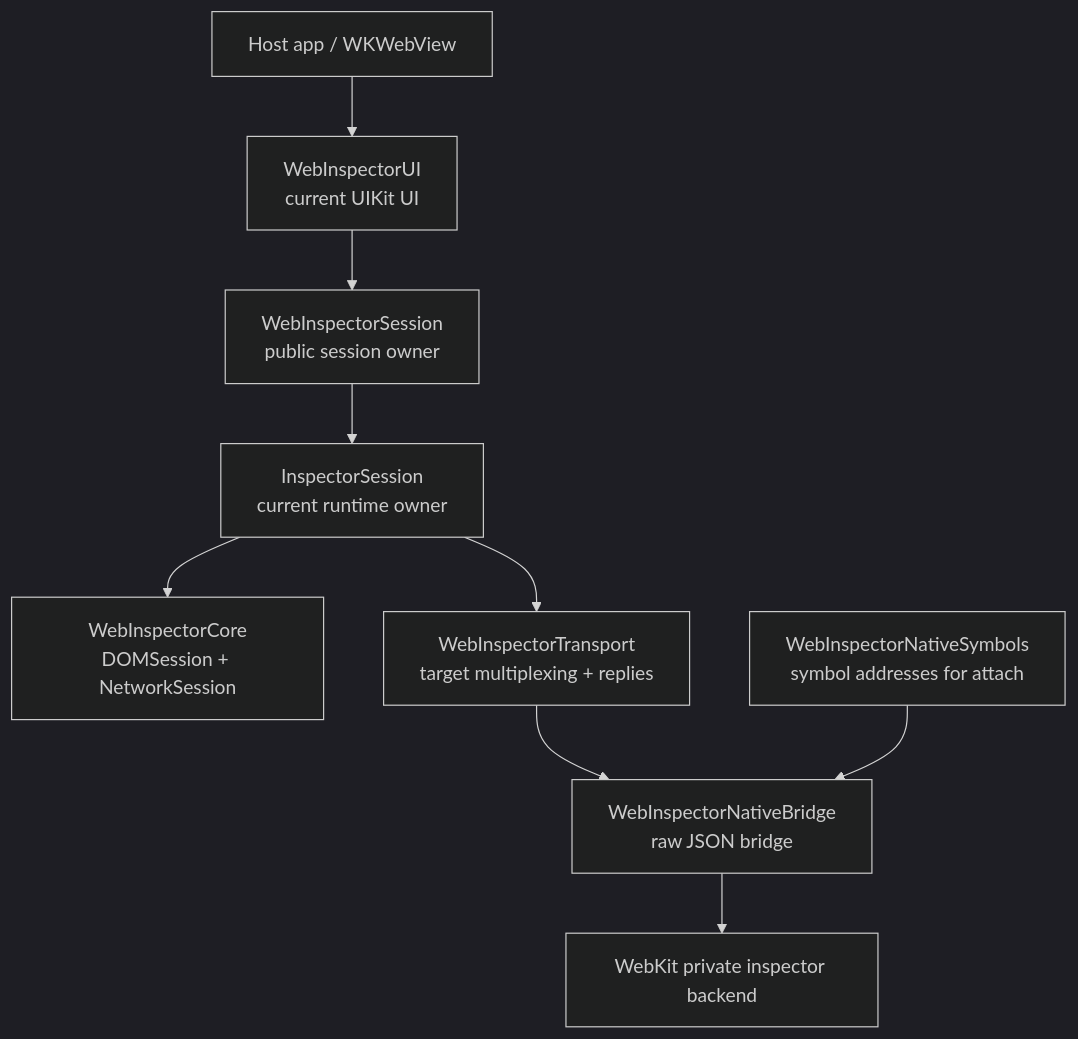
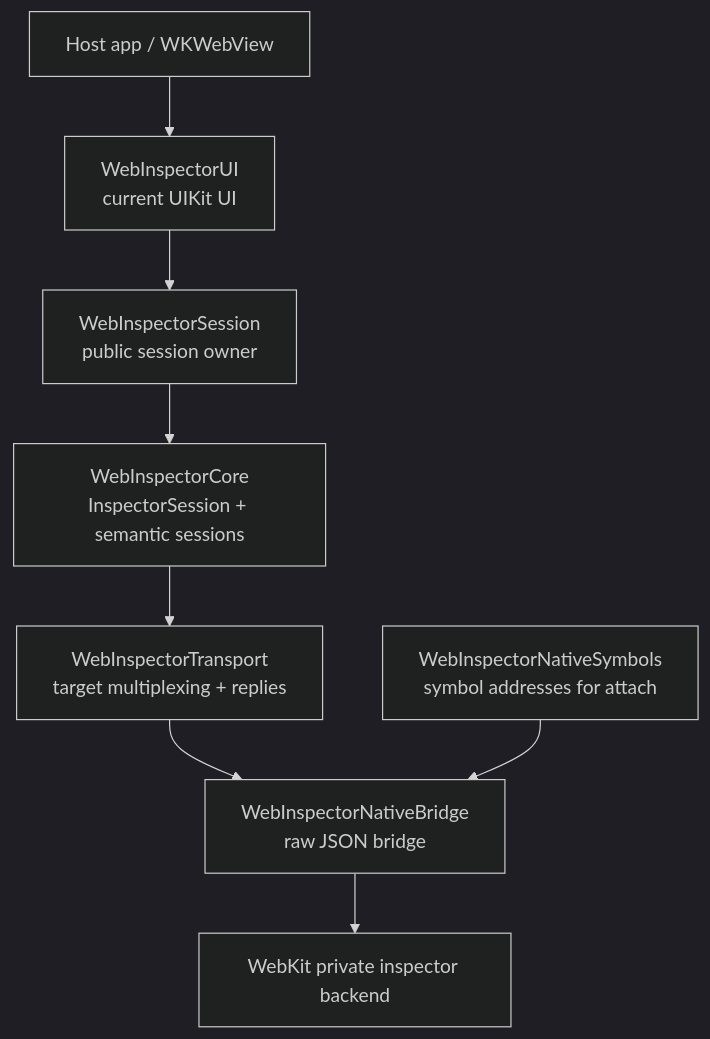
One commit to lynnswap/WebInspectorKit changed the first of 3 diagrams in Docs/ArchitectureOverview.md. Above: the diagram before and after it, drawn with Mermaid (dark theme). The commit also changed other lines of this file and 81 other files, not shown here.

Commit message:
refactor(core): reorganize inspector protocol dispatching

````diff
--- a/Docs/ArchitectureOverview.md
+++ b/Docs/ArchitectureOverview.md
@@ -30,21 +29,19 @@
 ```mermaid
 flowchart TD
     Host["Host app / WKWebView"]
     UI["WebInspectorUI<br/>current UIKit UI"]
     PublicSession["WebInspectorSession<br/>public session owner"]
-    Runtime["InspectorSession<br/>current runtime owner"]
-    Core["WebInspectorCore<br/>DOMSession + NetworkSession"]
+    Core["WebInspectorCore<br/>InspectorSession + semantic sessions"]
     Transport["WebInspectorTransport<br/>target multiplexing + replies"]
     Bridge["WebInspectorNativeBridge<br/>raw JSON bridge"]
     Symbols["WebInspectorNativeSymbols<br/>symbol addresses for attach"]
     WebKit["WebKit private inspector backend"]
 
     Host --> UI
     UI --> PublicSession
-    PublicSession --> Runtime
-    Runtime --> Core
-    Runtime --> Transport
+    PublicSession --> Core
+    Core --> Transport
     Transport --> Bridge
     Bridge --> WebKit
     Symbols --> Bridge
 ```
````
